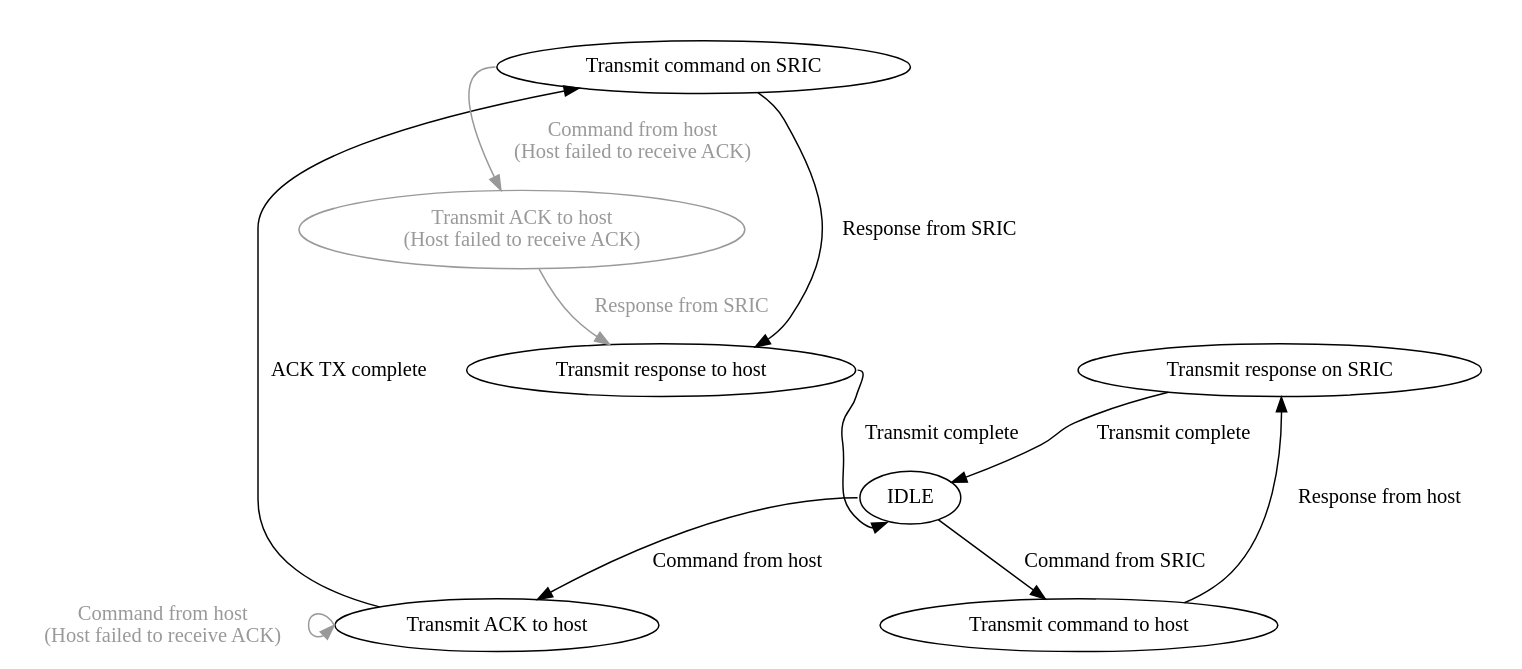
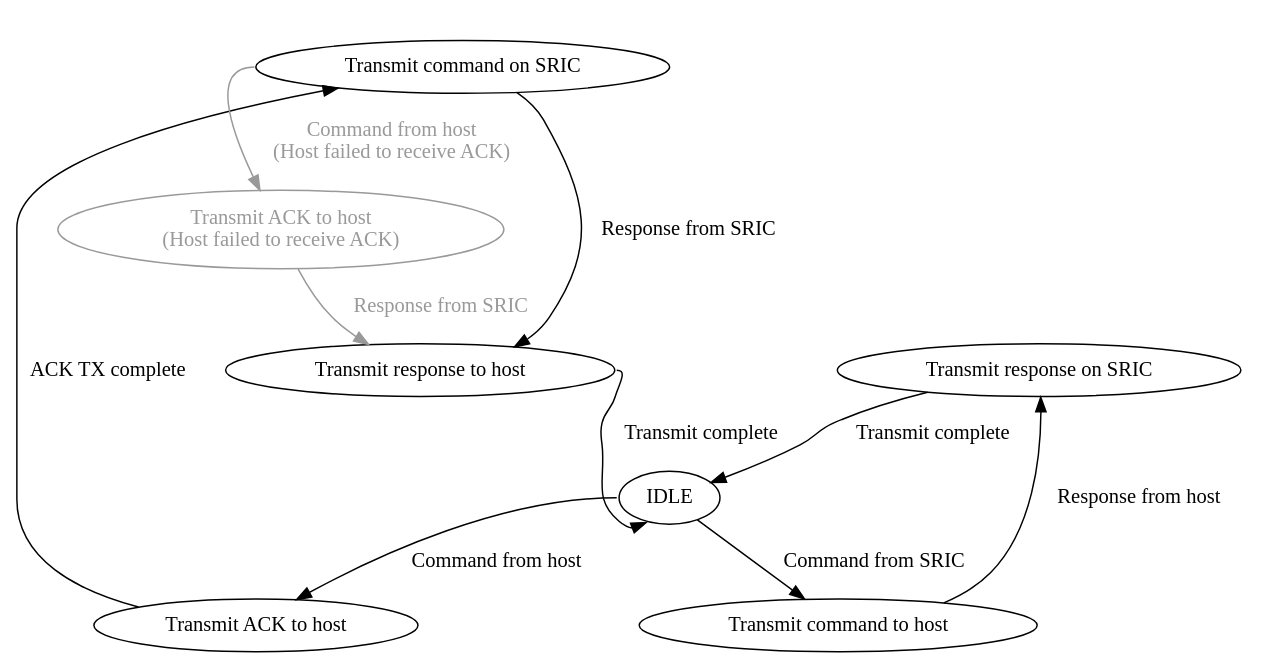
Before and after one commit to srobo-legacy/boards-pc-sric-fw: the diagram in gw-fsm.dot, drawn with Graphviz.

Commit message:
Remove erroneous "command from host" line from state machine diagram
We don't care about frames from the host until the ACK has finished
transmitting.

```diff
--- a/gw-fsm.dot
+++ b/gw-fsm.dot
@@ -1,34 +1,33 @@
 digraph G {
 	IDLE:w -> A [label="Command from host"];
 	IDLE -> D [label="Command from SRIC"];
 	{ rank = same; IDLE; }
 
 	subgraph cluster0 {
 		color = "white";
 		A -> A0 [label="ACK TX complete"];
 		A0 -> B [label="Response from SRIC"];
-		A:w -> A:w [label="Command from host\n(Host failed to receive ACK)",color="#999999",fontcolor="#999999"];
 
 		A0:w -> C [label="Command from host\n(Host failed to receive ACK)",color="#999999",fontcolor="#999999"];
 		C -> B [label="Response from SRIC",color="#999999",fontcolor="#999999"];
 		B:e -> IDLE:sw [label="Transmit complete"];
 	}
 
 	subgraph cluster1 {
 		color = "white";
 
 		D -> E [label="Response from host"];
 		E -> IDLE [label="Transmit complete"];
 	}
 
 	{ rank = same; A; D; }
 
 	A [label="Transmit ACK to host"];
 	A0 [label="Transmit command on SRIC"];
 
 	B [label="Transmit response to host"];
 	C [label="Transmit ACK to host\n(Host failed to receive ACK)",color="#999999",fontcolor="#999999"];
 
 	D [label="Transmit command to host"];
 	E [label="Transmit response on SRIC"];
 }
```
